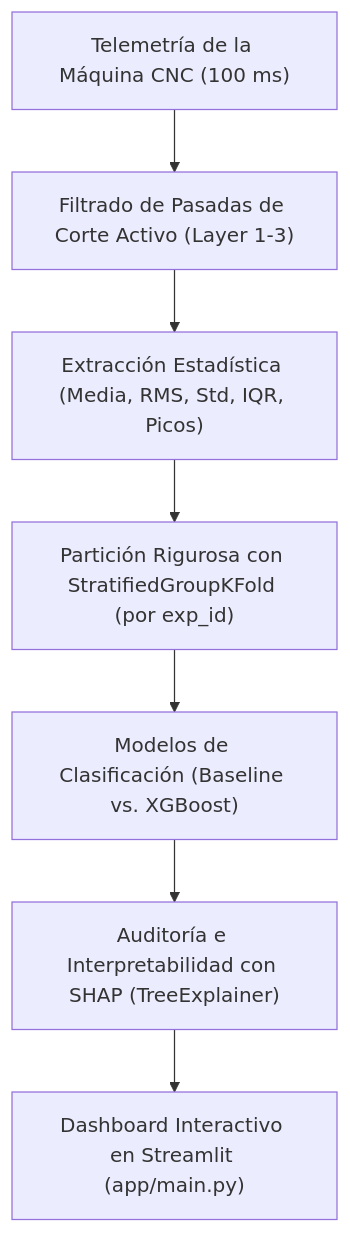
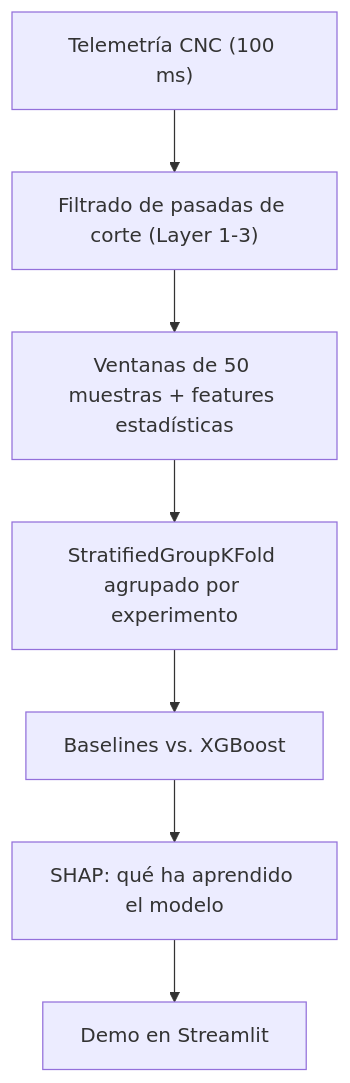
The diagram in README.md (itsguzman48/cnc-tool-wear-prediction), drawn with Mermaid before and after one commit. The commit also changed other lines of this file and 1 other file, not shown here.

Commit message:
docs: README con resultados reales y terminal animado de la evaluación

````diff
--- a/README.md
+++ b/README.md
@@ -30,9 +26,9 @@
 ```mermaid
 flowchart TD
-    A["Telemetría de la Máquina CNC (100 ms)"] --> B["Filtrado de Pasadas de Corte Activo (Layer 1-3)"]
-    B --> C["Extracción Estadística (Media, RMS, Std, IQR, Picos)"]
-    C --> D["Partición Rigurosa con StratifiedGroupKFold (por exp_id)"]
-    D --> E["Modelos de Clasificación (Baseline vs. XGBoost)"]
-    E --> F["Auditoría e Interpretabilidad con SHAP (TreeExplainer)"]
-    F --> G["Dashboard Interactivo en Streamlit (app/main.py)"]
+    A["Telemetría CNC (100 ms)"] --> B["Filtrado de pasadas de corte (Layer 1-3)"]
+    B --> C["Ventanas de 50 muestras + features estadísticas"]
+    C --> D["StratifiedGroupKFold agrupado por experimento"]
+    D --> E["Baselines vs. XGBoost"]
+    E --> F["SHAP: qué ha aprendido el modelo"]
+    F --> G["Demo en Streamlit"]
 ```
````
